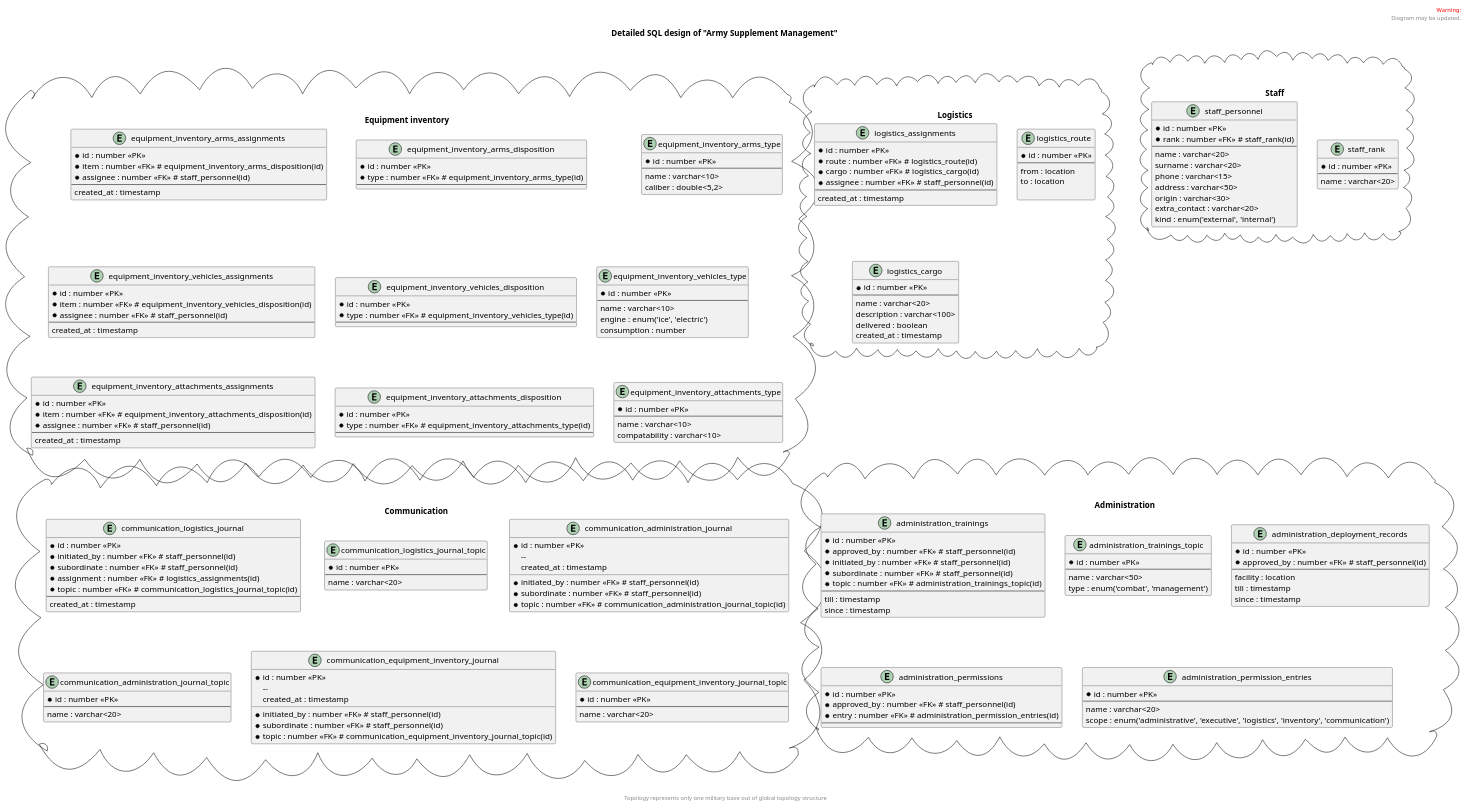
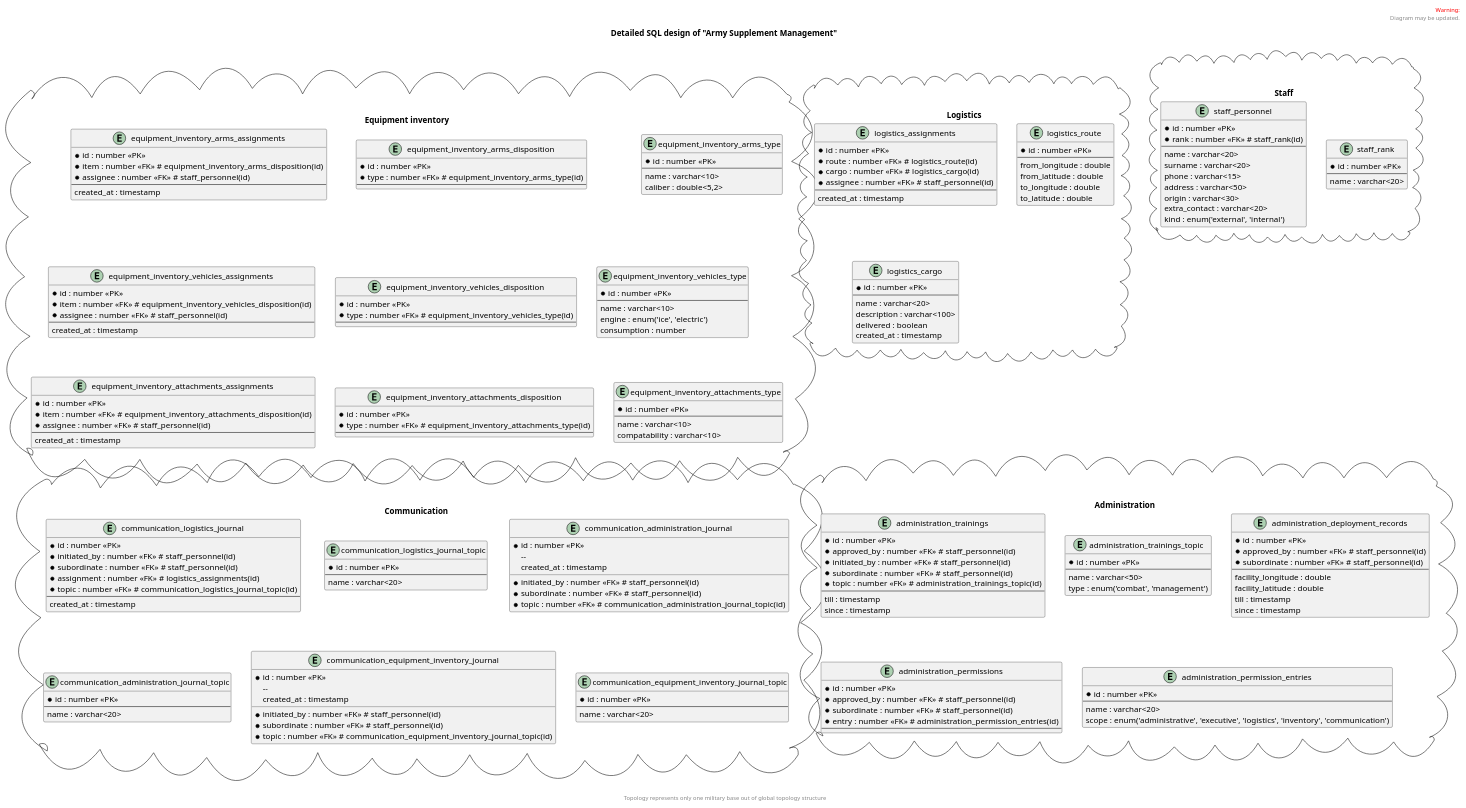
One commit to YarikRevich/army-supplement-management changed the diagram in docs/examples/detailed-design-sql.md. Above: the diagram before and after it, drawn with PlantUML. The commit also changed 6 other files, not shown here.

```diff
--- a/docs/examples/detailed-design-sql.md
+++ b/docs/examples/detailed-design-sql.md
@@ -92,9 +92,10 @@
 entity "logistics_route" {
     *id : number <<PK>>
     --
-    from : location
-    to : location
-
+    from_longitude : double
+    from_latitude : double
+    to_longitude : double
+    to_latitude : double
 }
 
 entity "logistics_cargo" {
@@ -203,8 +204,10 @@
 entity "administration_deployment_records" {
     *id : number <<PK>>
     *approved_by : number <<FK>> # staff_personnel(id)
+    *subordinate : number <<FK>> # staff_personnel(id)
     --
-    facility : location
+    facility_longitude : double
+    facility_latitude : double
     till : timestamp
     since : timestamp
 }
@@ -212,6 +215,7 @@
 entity "administration_permissions" {
     *id : number <<PK>>
     *approved_by : number <<FK>> # staff_personnel(id)
+    *subordinate : number <<FK>> # staff_personnel(id)
     *entry : number <<FK>> # administration_permission_entries(id)
     --
 }
```
